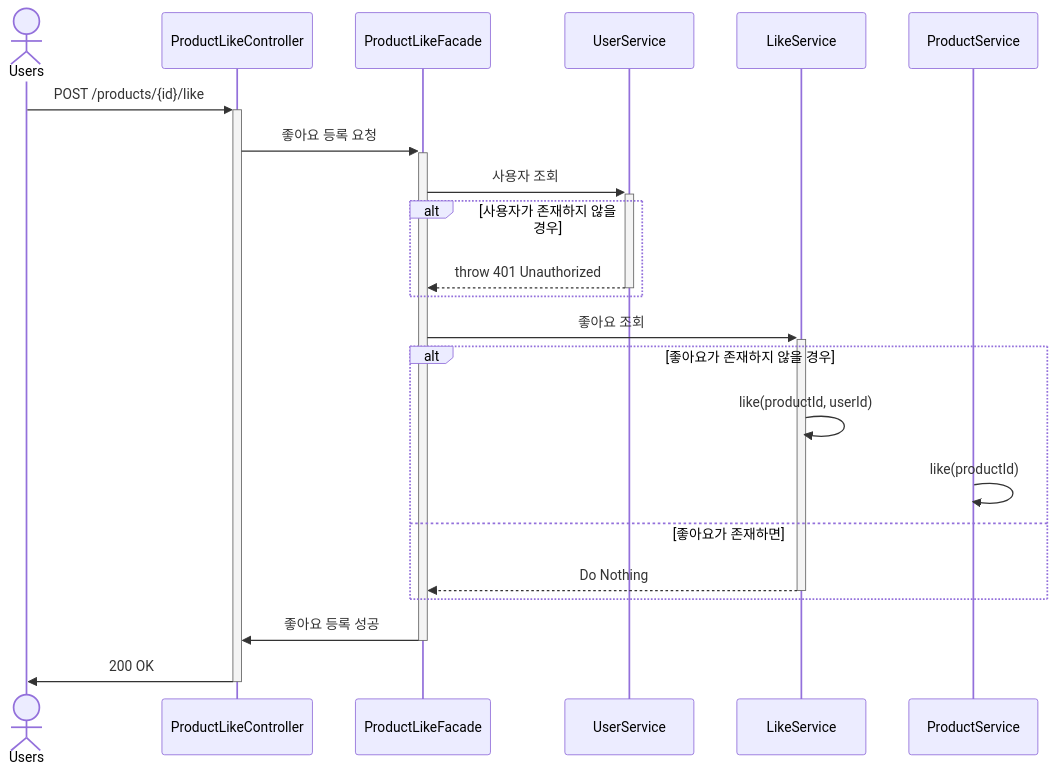
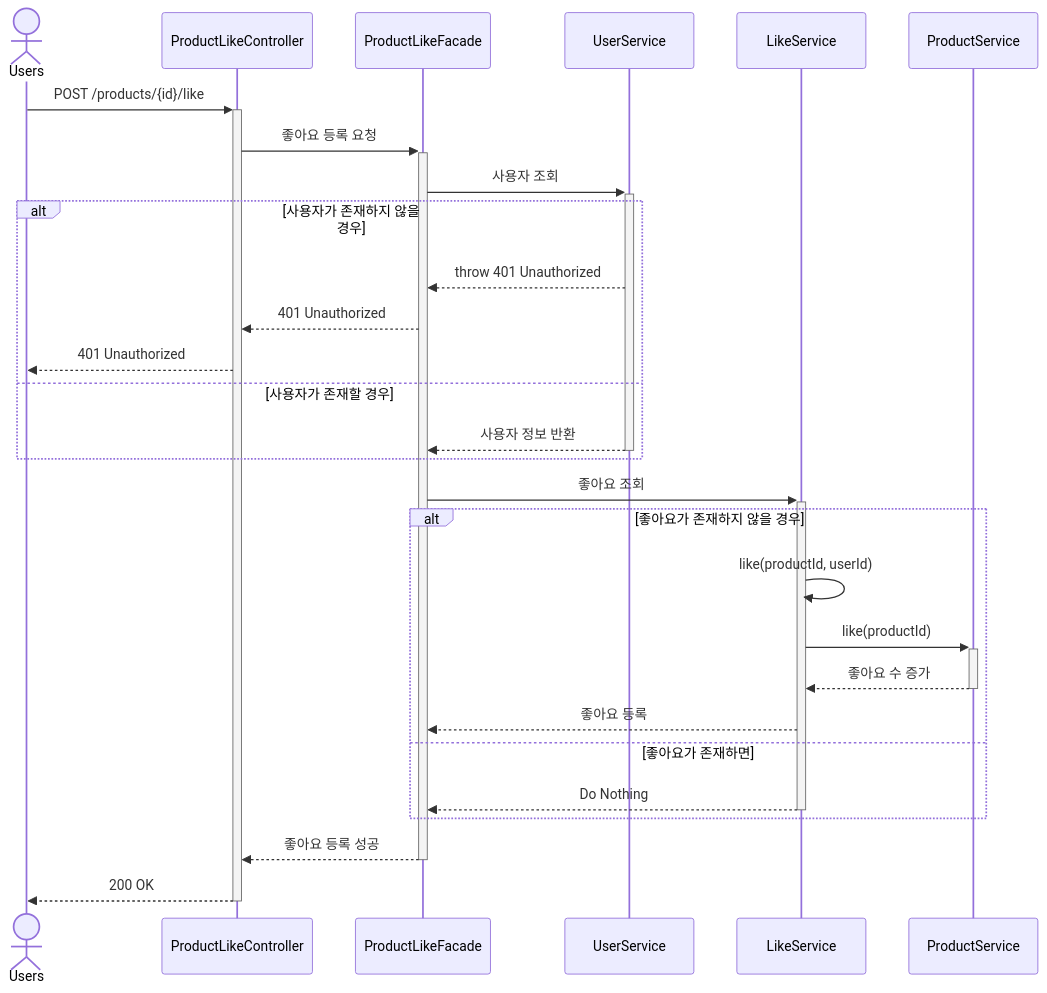
Before and after one commit to o3ozzvb/kotlin-ecommerce: the first of 4 diagrams in docs/design/02-sequence-diagrams.md, drawn with Mermaid. The commit also changed other lines of this file, not shown here.

Commit message:
docs: 시퀀스다이어그램 수정  - activation bar 보정

````diff
--- a/docs/design/02-sequence-diagrams.md
+++ b/docs/design/02-sequence-diagrams.md
@@ -3,26 +3,34 @@
 ```mermaid
 sequenceDiagram
     actor Users
     participant PLC as ProductLikeController
     participant PLF as ProductLikeFacade
     participant US as UserService
     participant LS as LikeService
 	participant PS as ProductService
 
     Users->>+PLC: POST /products/{id}/like
 	PLC->>+PLF: 좋아요 등록 요청
+	
 	PLF->>+US: 사용자 조회
 	alt 사용자가 존재하지 않을 경우
-	US-->>-PLF: throw 401 Unauthorized
+	US-->>PLF: throw 401 Unauthorized
+	PLF-->>PLC: 401 Unauthorized
+	PLC-->>Users: 401 Unauthorized
+	else 사용자가 존재할 경우
+	US-->>-PLF: 사용자 정보 반환
 	end
 	
 	PLF->>+LS: 좋아요 조회  
 	alt 좋아요가 존재하지 않을 경우
 	LS->>LS: like(productId, userId)
-	PS->>PS: like(productId)
+	LS->>+PS: like(productId)
+	PS-->>-LS: 좋아요 수 증가
+	LS-->>PLF: 좋아요 등록
 	else 좋아요가 존재하면
 	LS-->>-PLF: Do Nothing
 	end
-    PLF->>-PLC: 좋아요 등록 성공
-    PLC->>-Users: 200 OK
+	
+    PLF-->>-PLC: 좋아요 등록 성공
+    PLC-->>-Users: 200 OK
 ```
````
